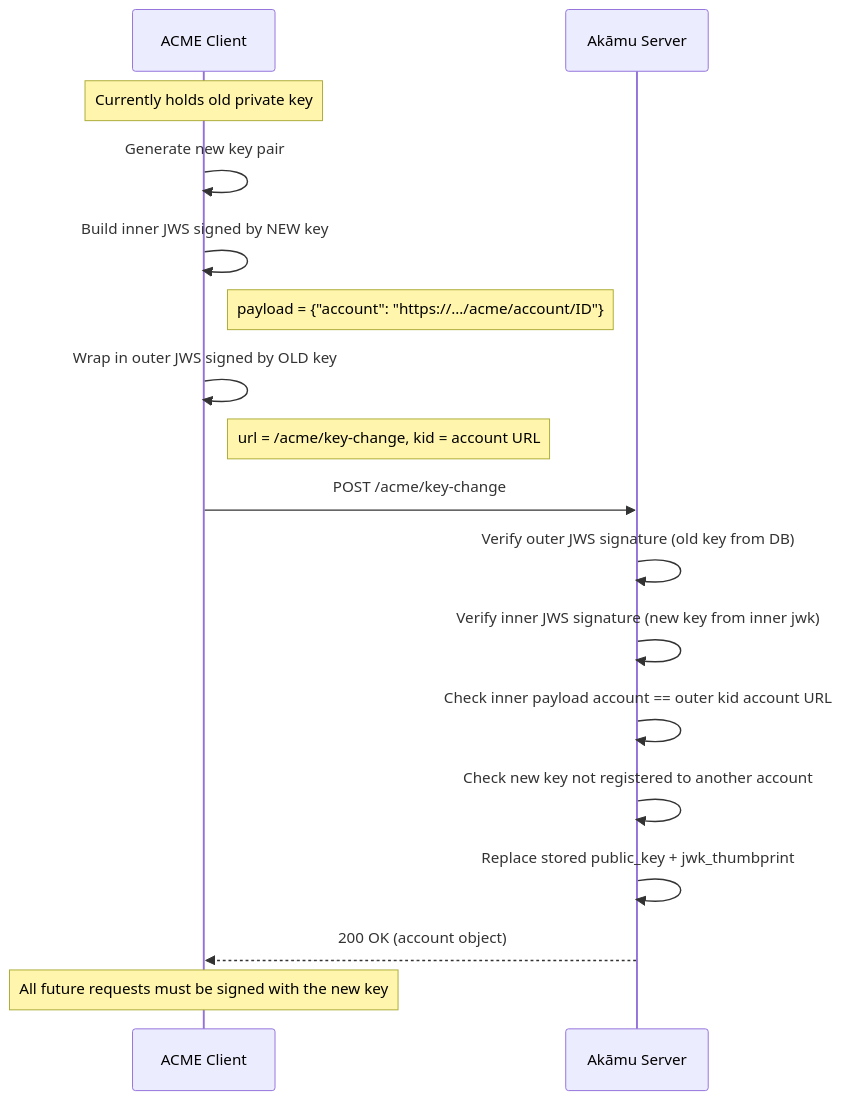
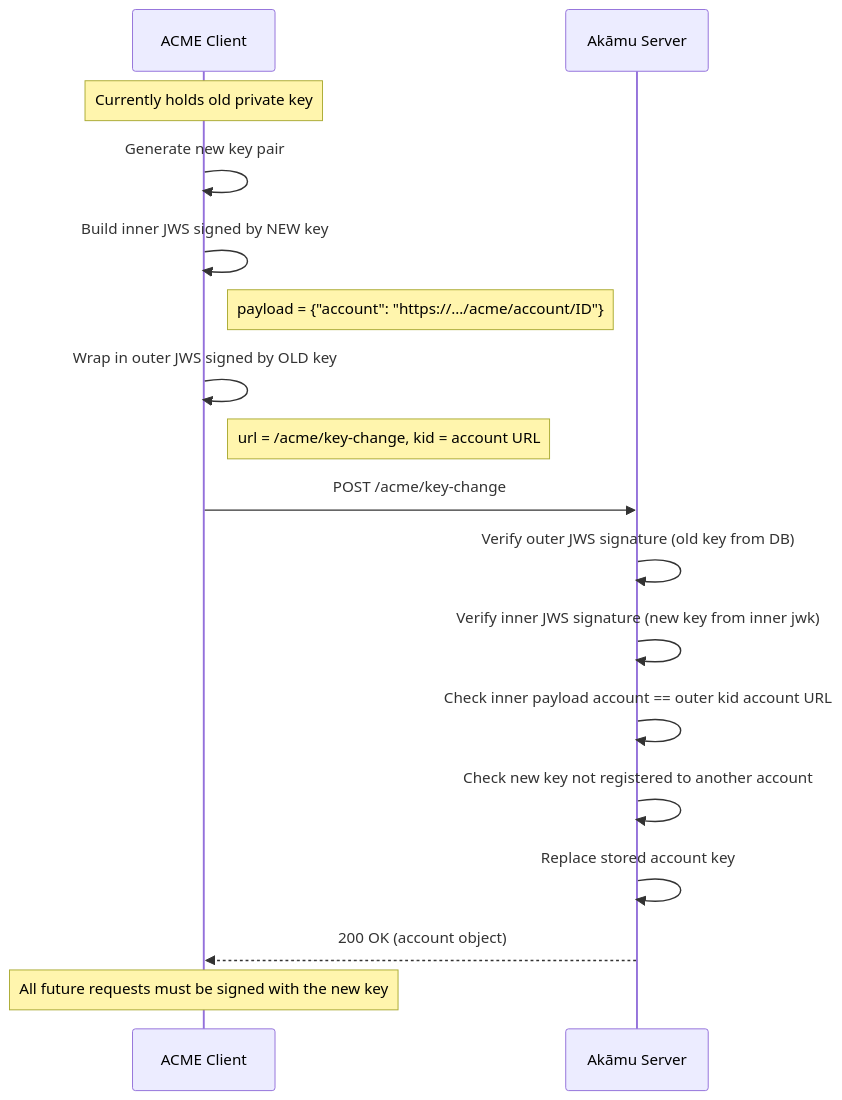
Before and after one commit to czinda/akamu: the second of 2 diagrams in docs/src/user/accounts.md, drawn with Mermaid. The commit also changed other lines of this file and 8 other files, not shown here.

````diff
--- a/docs/src/user/accounts.md
+++ b/docs/src/user/accounts.md
@@ -107,22 +107,22 @@
 ```mermaid
 sequenceDiagram
     participant C as ACME Client
     participant S as Akāmu Server
 
     Note over C: Currently holds old private key
     C->>C: Generate new key pair
     C->>C: Build inner JWS signed by NEW key
     Note right of C: payload = {"account": "https://…/acme/account/ID"}
     C->>C: Wrap in outer JWS signed by OLD key
     Note right of C: url = /acme/key-change, kid = account URL
 
     C->>S: POST /acme/key-change
     S->>S: Verify outer JWS signature (old key from DB)
     S->>S: Verify inner JWS signature (new key from inner jwk)
     S->>S: Check inner payload account == outer kid account URL
     S->>S: Check new key not registered to another account
-    S->>S: Replace stored public_key + jwk_thumbprint
+    S->>S: Replace stored account key
     S-->>C: 200 OK (account object)
 
     Note over C: All future requests must be signed with the new key
 ```
````
